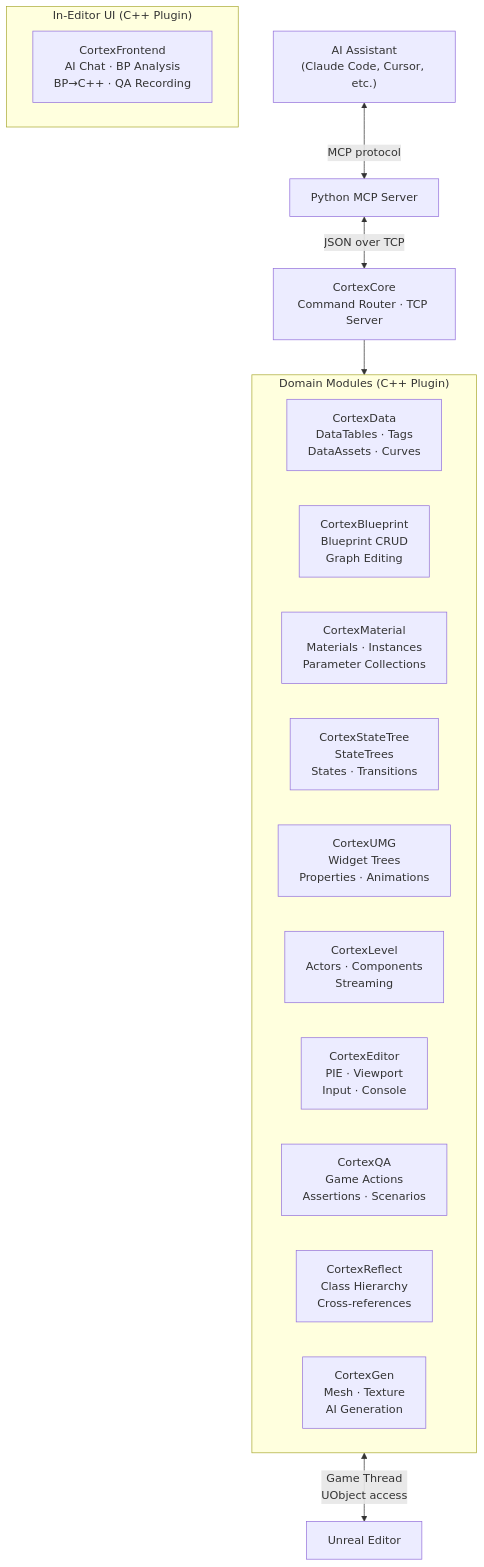
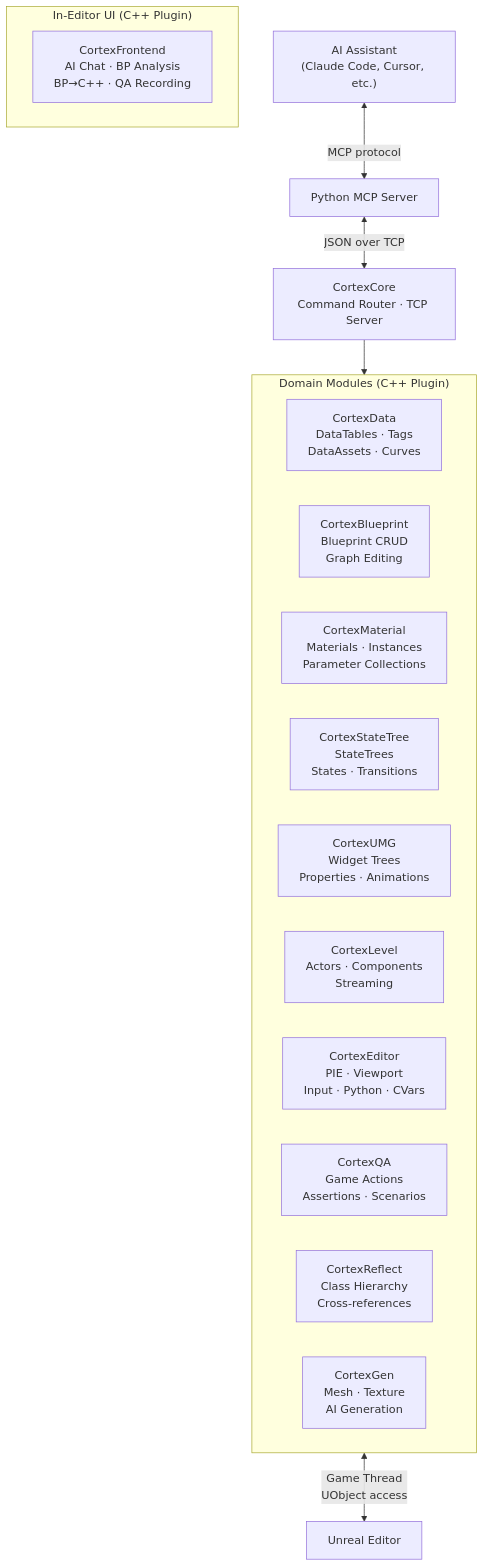
The diagram in README.md (Boshchuk/UnrealCortex), drawn with Mermaid before and after one commit. The commit also changed other lines of this file and 17 other files, not shown here.

First line of the commit message:
feat(editor): add trusted python and cvar utilities (#111)

````diff
--- a/README.md
+++ b/README.md
@@ -231,31 +235,31 @@
 ```mermaid
 flowchart TB
     AI["AI Assistant<br/>(Claude Code, Cursor, etc.)"]
     MCP["Python MCP Server"]
     Core["CortexCore<br/>Command Router · TCP Server"]
 
     subgraph Modules["Domain Modules (C++ Plugin)"]
         direction LR
         Data["CortexData<br/>DataTables · Tags<br/>DataAssets · Curves"]
         BP["CortexBlueprint<br/>Blueprint CRUD<br/>Graph Editing"]
         Mat["CortexMaterial<br/>Materials · Instances<br/>Parameter Collections"]
         ST["CortexStateTree<br/>StateTrees<br/>States · Transitions"]
         UMG["CortexUMG<br/>Widget Trees<br/>Properties · Animations"]
         Level["CortexLevel<br/>Actors · Components<br/>Streaming"]
-        Editor["CortexEditor<br/>PIE · Viewport<br/>Input · Console"]
+        Editor["CortexEditor<br/>PIE · Viewport<br/>Input · Python · CVars"]
         QA["CortexQA<br/>Game Actions<br/>Assertions · Scenarios"]
         Reflect["CortexReflect<br/>Class Hierarchy<br/>Cross-references"]
         Gen["CortexGen<br/>Mesh · Texture<br/>AI Generation"]
     end
 
     subgraph UI["In-Editor UI (C++ Plugin)"]
         Frontend["CortexFrontend<br/>AI Chat · BP Analysis<br/>BP→C++ · QA Recording"]
     end
 
     UE["Unreal Editor"]
 
     AI <-- "MCP protocol" --> MCP
     MCP <-- "JSON over TCP" --> Core
     Core --> Modules
     Modules <-- "Game Thread<br/>UObject access" --> UE
 ```
````
